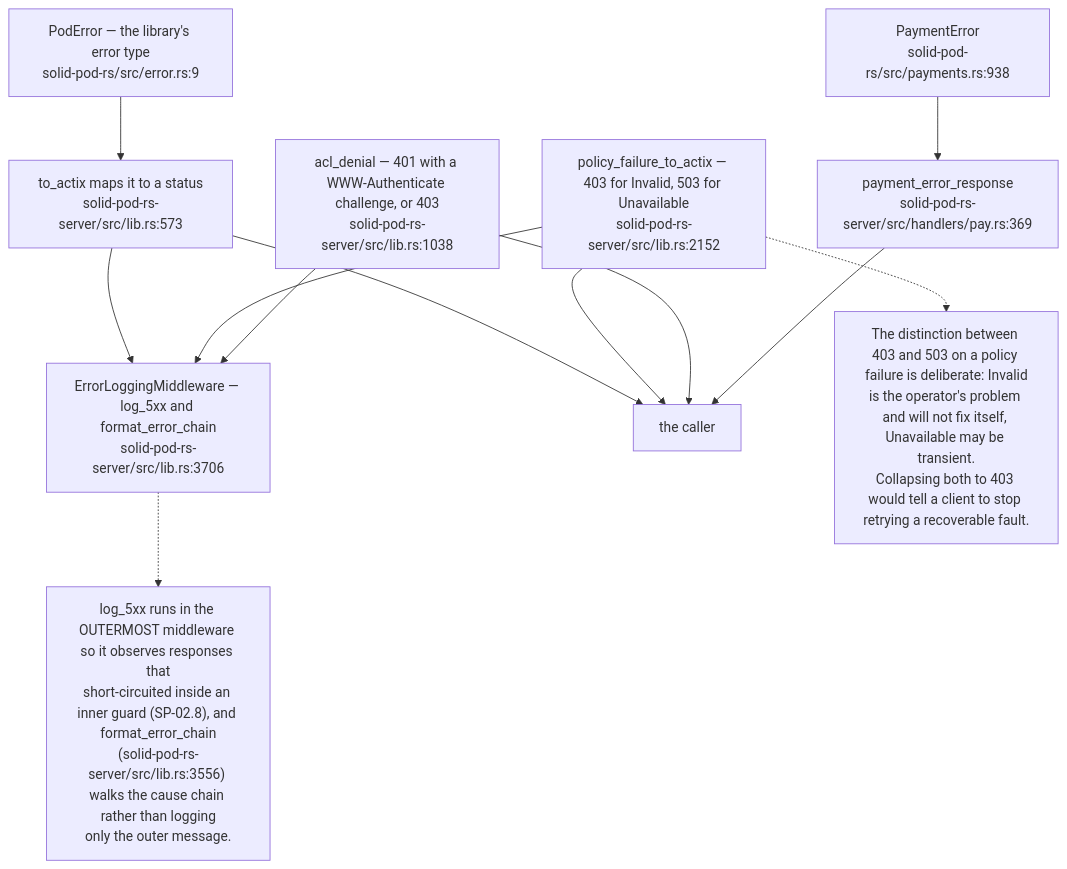
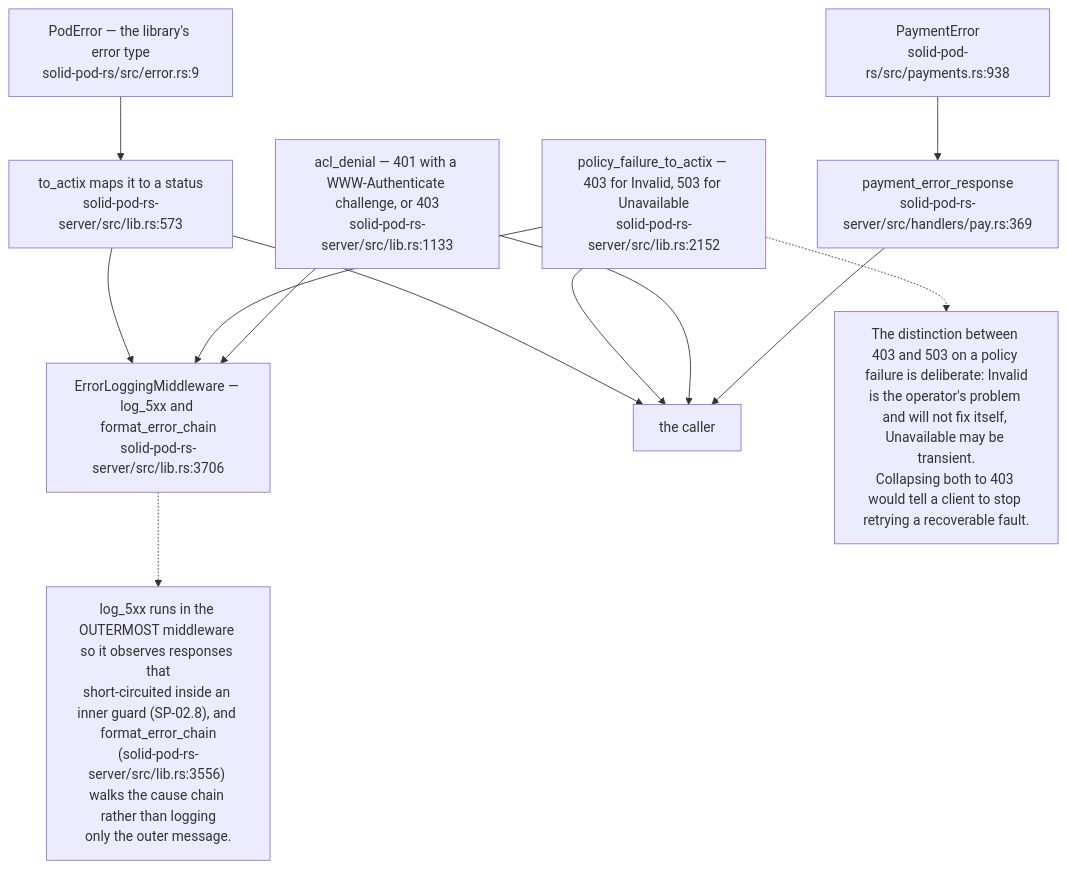
One commit to DreamLab-AI/VisionFlow changed the ninth of 12 diagrams in docs/diagrams/solid-pod-rs/10-failure-modes-and-invariants.md. Above: the diagram before and after it, drawn with Mermaid. The commit also changed 39 other files, not shown here.

````diff
--- a/docs/diagrams/solid-pod-rs/10-failure-modes-and-invariants.md
+++ b/docs/diagrams/solid-pod-rs/10-failure-modes-and-invariants.md
@@ -252,24 +252,24 @@
 ```mermaid
 flowchart TD
     POD["PodError — the library's error type<br/>solid-pod-rs/src/error.rs:9"]
     TA["to_actix maps it to a status<br/>solid-pod-rs-server/src/lib.rs:573"]
     PF["policy_failure_to_actix — 403 for Invalid, 503 for Unavailable<br/>solid-pod-rs-server/src/lib.rs:2152"]
-    AD["acl_denial — 401 with a WWW-Authenticate challenge, or 403<br/>solid-pod-rs-server/src/lib.rs:1038"]
+    AD["acl_denial — 401 with a WWW-Authenticate challenge, or 403<br/>solid-pod-rs-server/src/lib.rs:1133"]
     PE["PaymentError<br/>solid-pod-rs/src/payments.rs:938"]
     PR["payment_error_response<br/>solid-pod-rs-server/src/handlers/pay.rs:369"]
     LOG["ErrorLoggingMiddleware — log_5xx and format_error_chain<br/>solid-pod-rs-server/src/lib.rs:3706"]
     C["the caller"]
 
     POD --> TA --> C
     PF --> C
     AD --> C
     PE --> PR --> C
     TA --> LOG
     PF --> LOG
     AD --> LOG
 
     N["The distinction between 403 and 503 on a policy failure is deliberate: Invalid<br/>is the operator's problem and will not fix itself, Unavailable may be transient.<br/>Collapsing both to 403 would tell a client to stop retrying a recoverable fault."]
     PF -.-> N
     N2["log_5xx runs in the OUTERMOST middleware so it observes responses that<br/>short-circuited inside an inner guard (SP-02.8), and format_error_chain<br/>(solid-pod-rs-server/src/lib.rs:3556) walks the cause chain rather than logging<br/>only the outer message."]
     LOG -.-> N2
 ```
````
